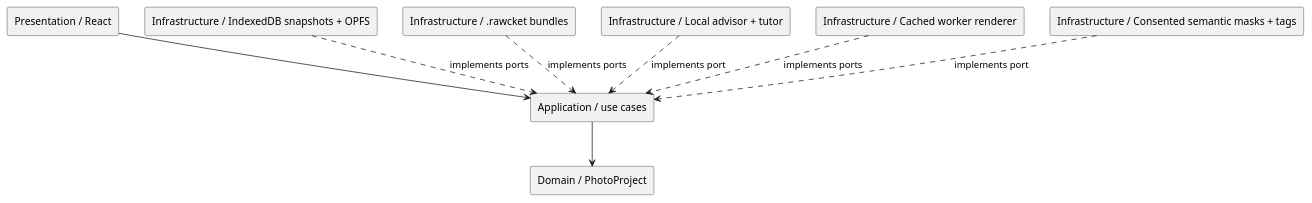
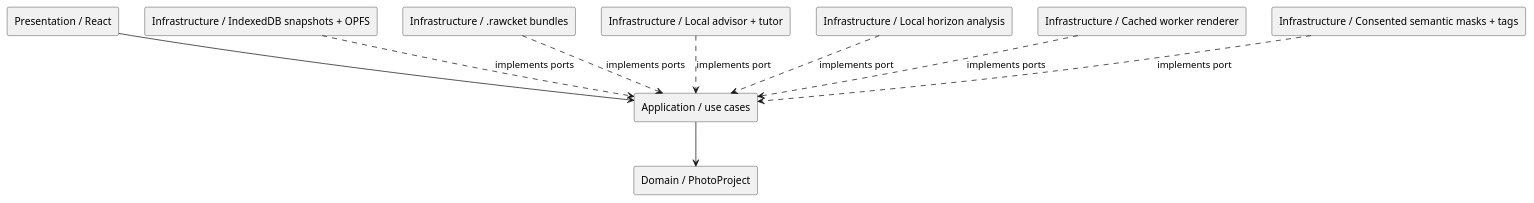
Before and after one commit to haskou/RAWcket: the diagram in docs/architecture.puml, drawn with PlantUML. The commit also changed 15 other files, not shown here.

```diff
--- a/docs/architecture.puml
+++ b/docs/architecture.puml
@@ -1,19 +1,21 @@
 @startuml
 skinparam componentStyle rectangle
 component "Presentation / React" as Presentation
 component "Application / use cases" as Application
 component "Domain / PhotoProject" as Domain
 component "Infrastructure / IndexedDB snapshots + OPFS" as Persistence
 component "Infrastructure / .rawcket bundles" as Bundles
 component "Infrastructure / Local advisor + tutor" as Advisor
+component "Infrastructure / Local horizon analysis" as Horizon
 component "Infrastructure / Cached worker renderer" as Renderer
 component "Infrastructure / Consented semantic masks + tags" as Semantic
 
 Presentation --> Application
 Application --> Domain
 Persistence ..> Application : implements ports
 Bundles ..> Application : implements ports
 Advisor ..> Application : implements port
+Horizon ..> Application : implements port
 Renderer ..> Application : implements ports
 Semantic ..> Application : implements port
 @enduml
```
